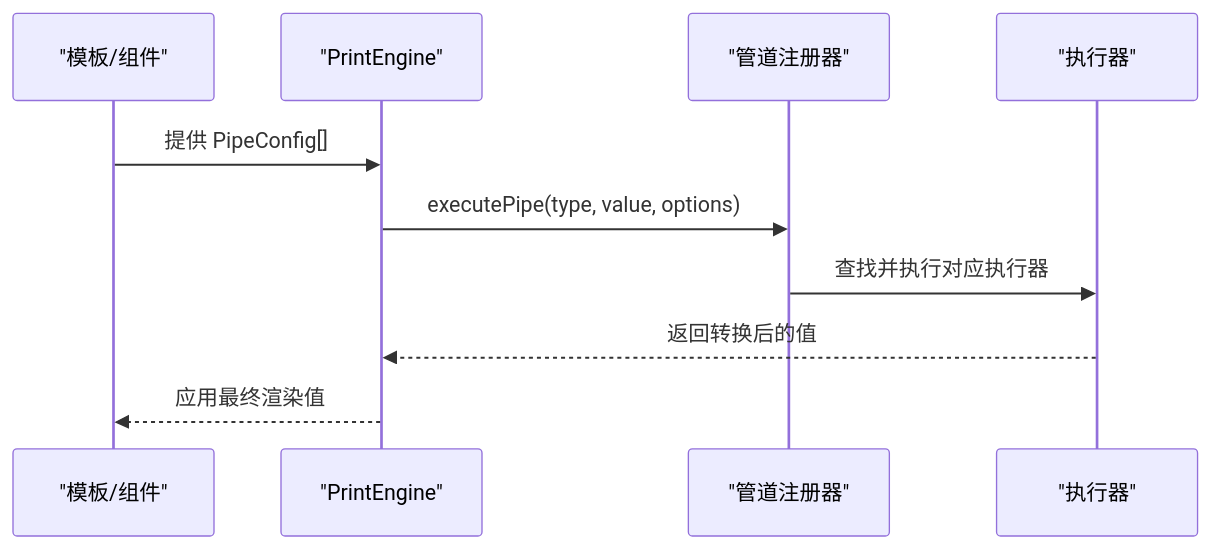
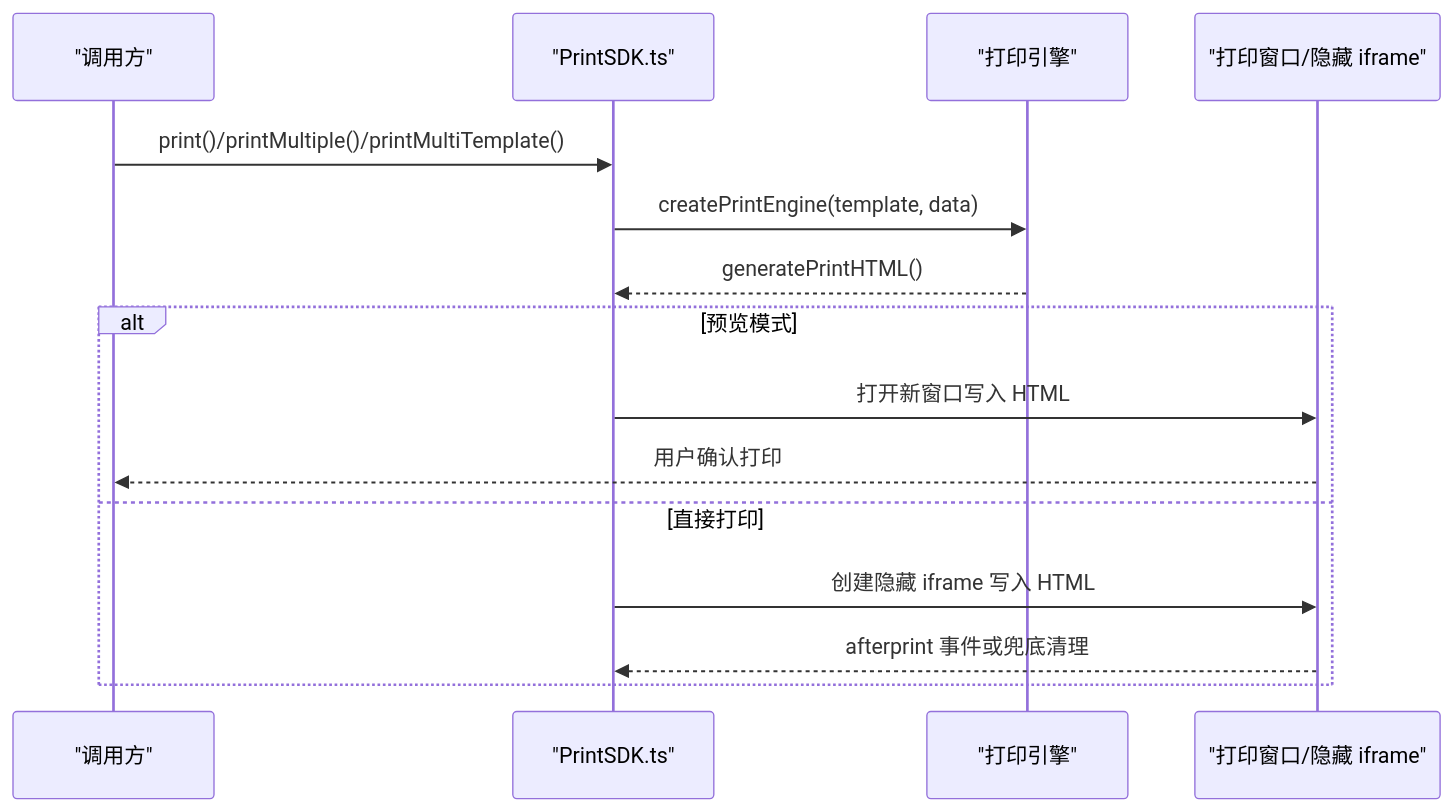
One commit to joker-yjc/printer changed the fourth of 6 diagrams in .qoder/repowiki/zh/content/项目概述/项目概述.md. Above: the diagram before and after it, drawn with Mermaid. The commit also changed other lines of this file and 274 other files, not shown here.

````diff
--- a/.qoder/repowiki/zh/content/项目概述/项目概述.md
+++ b/.qoder/repowiki/zh/content/项目概述/项目概述.md
@@ -243,12 +215,17 @@
 ```mermaid
 sequenceDiagram
-participant T as "模板/组件"
-participant E as "PrintEngine"
-participant R as "管道注册器"
-participant X as "执行器"
-T->>E : 提供 PipeConfig[]
-E->>R : executePipe(type, value, options)
-R->>X : 查找并执行对应执行器
-X-->>E : 返回转换后的值
-E-->>T : 应用最终渲染值
+participant App as "调用方"
+participant SDK as "PrintSDK.ts"
+participant Eng as "打印引擎"
+participant Win as "打印窗口/隐藏 iframe"
+App->>SDK : print()/printMultiple()/printMultiTemplate()
+SDK->>Eng : createPrintEngine(template, data)
+Eng-->>SDK : generatePrintHTML()
+alt 预览模式
+SDK->>Win : 打开新窗口写入 HTML
+Win-->>App : 用户确认打印
+else 直接打印
+SDK->>Win : 创建隐藏 iframe 写入 HTML
+Win-->>SDK : afterprint 事件或兜底清理
+end
 ```
````
